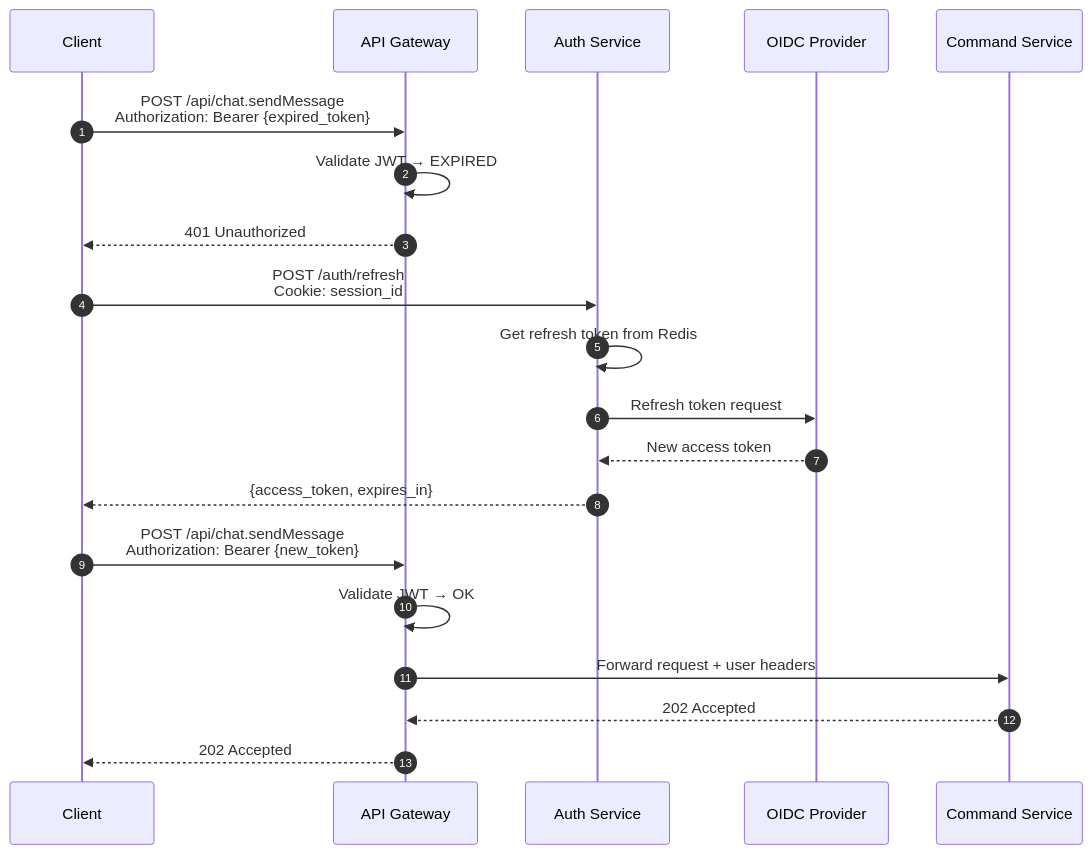
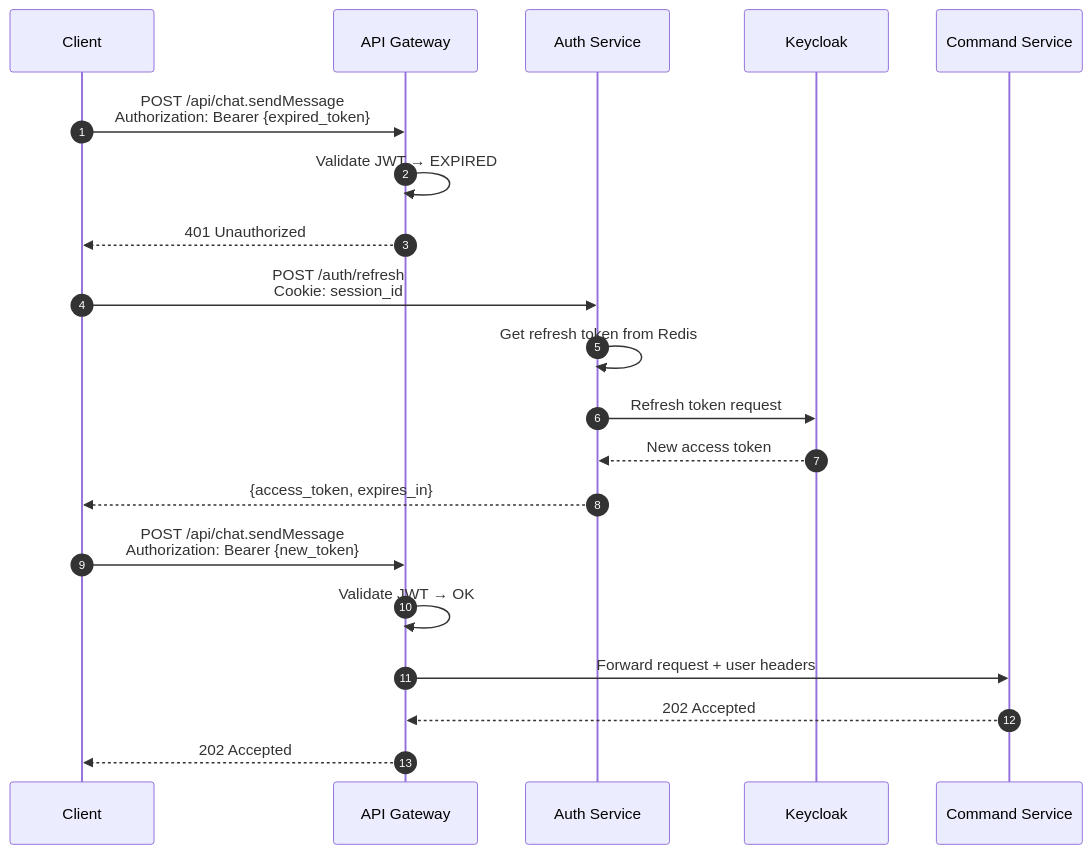
One commit to julianshen/chatconcept changed the second of 3 diagrams in docs/features/authentication.md. Above: the diagram before and after it, drawn with Mermaid. The commit also changed other lines of this file, not shown here.

First line of the commit message:
docs: narrow authentication to Keycloak-only integration

````diff
--- a/docs/features/authentication.md
+++ b/docs/features/authentication.md
@@ -1227,25 +1224,25 @@
 ```mermaid
 sequenceDiagram
     autonumber
     participant Client
     participant Gateway as API Gateway
     participant AuthSvc as Auth Service
-    participant OIDC as OIDC Provider
+    participant Keycloak
     participant CmdSvc as Command Service
 
     Client->>Gateway: POST /api/chat.sendMessage<br/>Authorization: Bearer {expired_token}
     Gateway->>Gateway: Validate JWT → EXPIRED
     Gateway-->>Client: 401 Unauthorized
 
     Client->>AuthSvc: POST /auth/refresh<br/>Cookie: session_id
     AuthSvc->>AuthSvc: Get refresh token from Redis
-    AuthSvc->>OIDC: Refresh token request
-    OIDC-->>AuthSvc: New access token
+    AuthSvc->>Keycloak: Refresh token request
+    Keycloak-->>AuthSvc: New access token
     AuthSvc-->>Client: {access_token, expires_in}
 
     Client->>Gateway: POST /api/chat.sendMessage<br/>Authorization: Bearer {new_token}
     Gateway->>Gateway: Validate JWT → OK
     Gateway->>CmdSvc: Forward request + user headers
     CmdSvc-->>Gateway: 202 Accepted
     Gateway-->>Client: 202 Accepted
 ```
````
